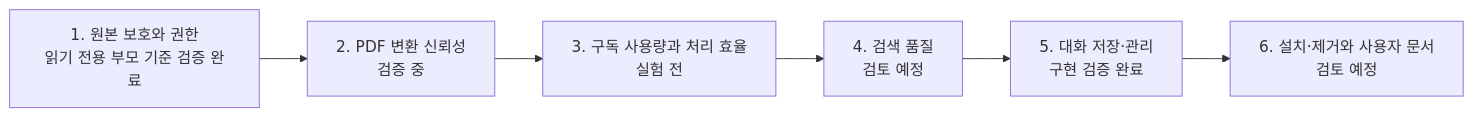
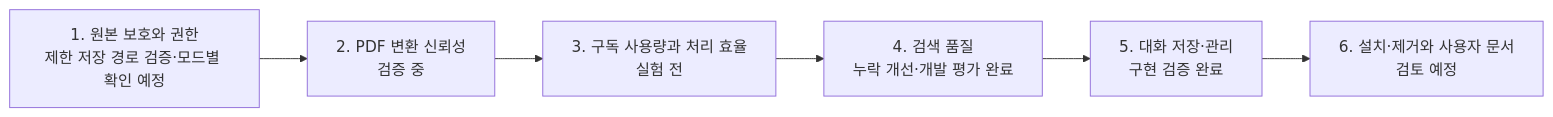
Before and after one commit to LWH4Data/research-agent: the diagram in docs/technical/ROADMAP.md, drawn with Mermaid. The commit also changed other lines of this file and 69 other files, not shown here.

````diff
--- a/docs/technical/ROADMAP.md
+++ b/docs/technical/ROADMAP.md
@@ -12,8 +12,8 @@
 ```mermaid
 flowchart LR
-    M1[1. 원본 보호와 권한<br/>읽기 전용 부모 기준 검증 완료] --> M2[2. PDF 변환 신뢰성<br/>검증 중]
+    M1[1. 원본 보호와 권한<br/>제한 저장 경로 검증·모드별 확인 예정] --> M2[2. PDF 변환 신뢰성<br/>검증 중]
     M2 --> M3[3. 구독 사용량과 처리 효율<br/>실험 전]
-    M3 --> M4[4. 검색 품질<br/>검토 예정]
+    M3 --> M4[4. 검색 품질<br/>누락 개선·개발 평가 완료]
     M4 --> M5[5. 대화 저장·관리<br/>구현 검증 완료]
     M5 --> M6[6. 설치·제거와 사용자 문서<br/>검토 예정]
 ```
````
